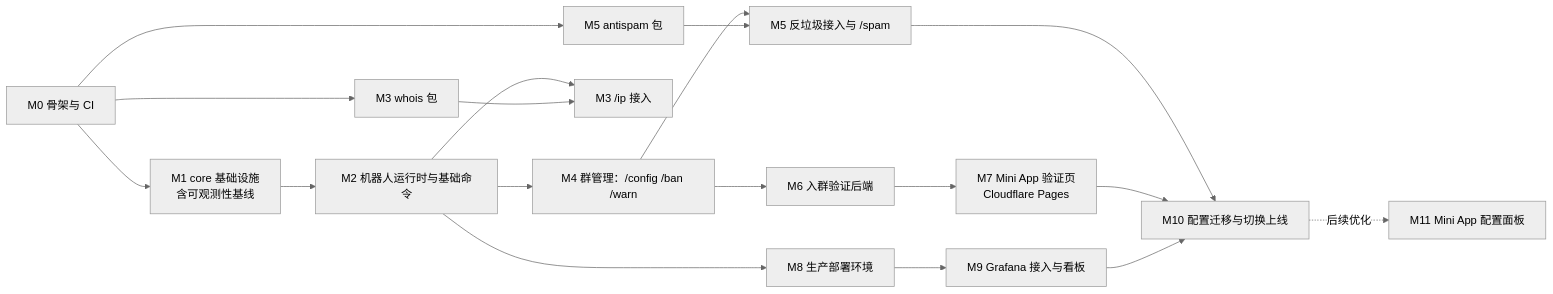
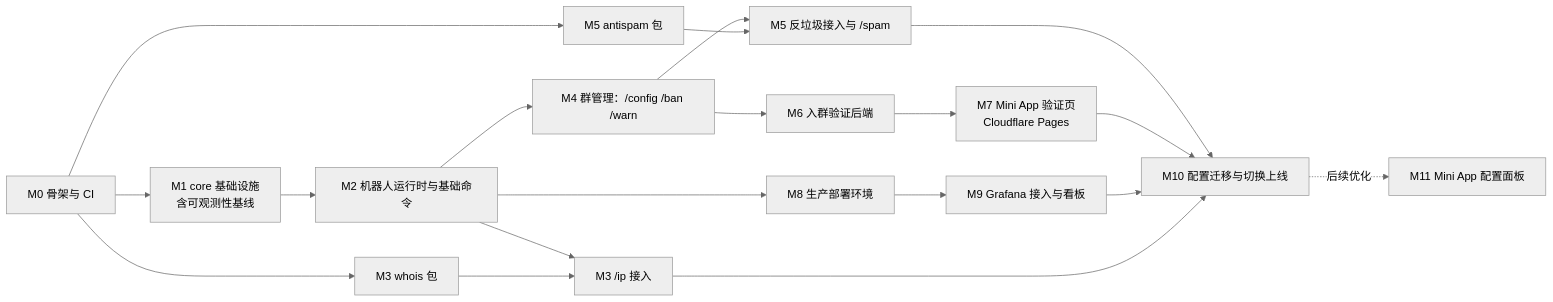
Before and after one commit to AkkiaLab/AkkiaBot: the diagram in docs/migration-plan.md, drawn with Mermaid (neutral theme). The commit also changed other lines of this file and 1 other file, not shown here.

````diff
--- a/docs/migration-plan.md
+++ b/docs/migration-plan.md
@@ -32,20 +32,21 @@
 ```mermaid
 flowchart LR
     M0[M0 骨架与 CI] --> M1[M1 core 基础设施<br/>含可观测性基线]
     M0 --> M3a[M3 whois 包]
     M0 --> M5a[M5 antispam 包]
     M1 --> M2[M2 机器人运行时与基础命令]
     M2 --> M3[M3 /ip 接入]
     M3a --> M3
     M2 --> M4[M4 群管理：/config /ban /warn]
     M4 --> M5[M5 反垃圾接入与 /spam]
     M5a --> M5
     M4 --> M6[M6 入群验证后端]
     M6 --> M7[M7 Mini App 验证页<br/>Cloudflare Pages]
     M2 --> M8[M8 生产部署环境]
     M8 --> M9[M9 Grafana 接入与看板]
     M5 --> M10[M10 配置迁移与切换上线]
     M7 --> M10
     M9 --> M10
+    M3 --> M10
     M10 -.后续优化.-> M11[M11 Mini App 配置面板]
 ```
````
